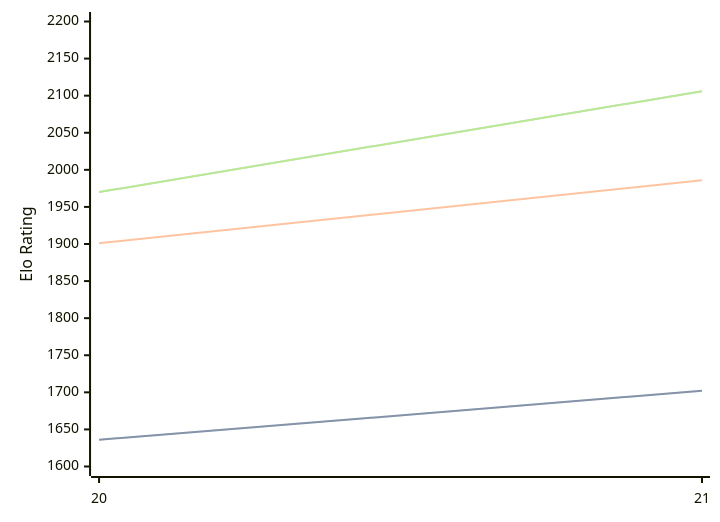
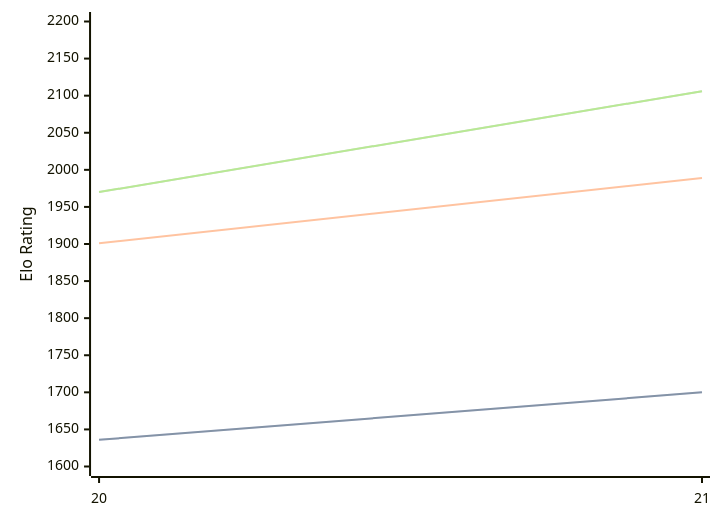
The diagram in engines/PurplePanda.md (computer-chess-index/cci), drawn with Mermaid before and after one commit. The commit also changed other lines of this file, not shown here.

````diff
--- a/engines/PurplePanda.md
+++ b/engines/PurplePanda.md
@@ -40,11 +40,11 @@
 ```mermaid
 %%{init: {"theme":"base","themeVariables":{"seriesColors:['#a3a3a3','#222221','#faa371']}}}%%
 xychart-beta
   x-axis ["20", "21"]
   y-axis "Elo Rating" 1600 --> 2200
-  line "STC (8.0+0.08s)" [1636, 1702]
-  line "STC (8.0+0.08s)" [1636, 1702]
-  line "LTC (60.0+0.60s)" [1901, 1986]
+  line "STC (8.0+0.08s)" [1636, 1700]
+  line "STC (8.0+0.08s)" [1636, 1700]
+  line "LTC (60.0+0.60s)" [1901, 1989]
   line "VLTC (2m24s+1.12s)" [1970, 2106]
   line "VLTC (2m24s+1.12s)" [1970, 2106]
 ```
````
